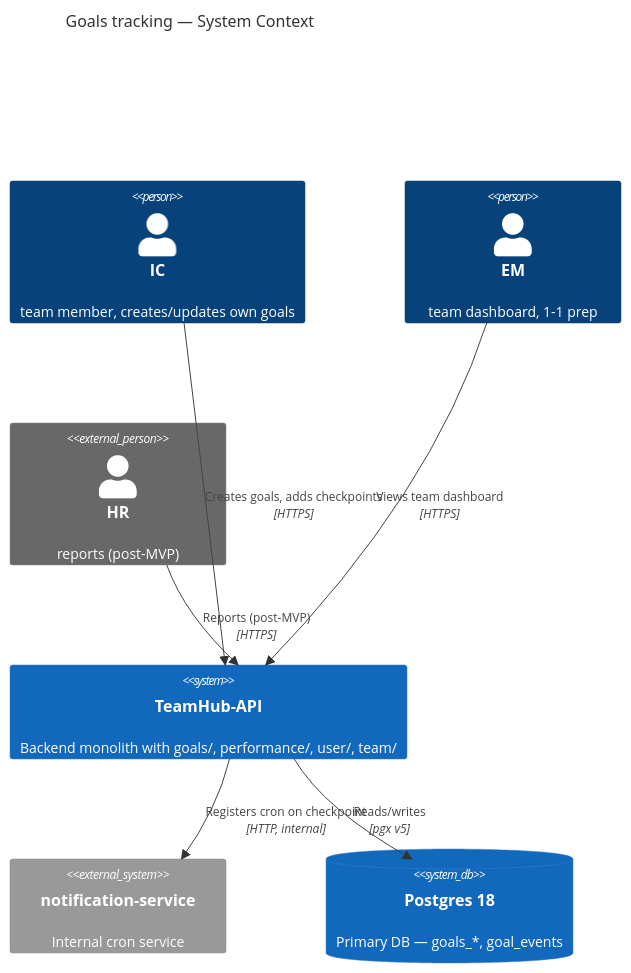
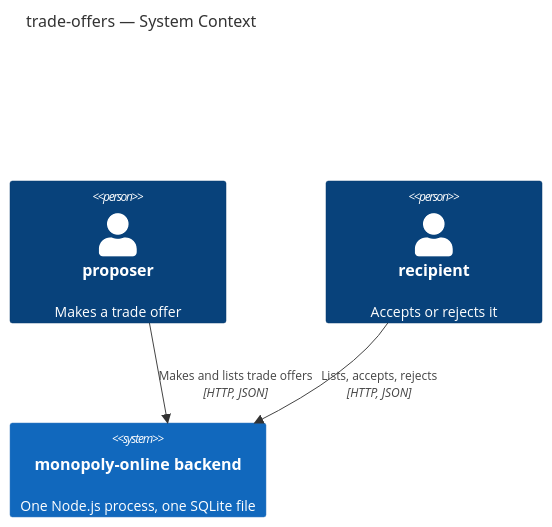
Before and after one commit to Kaavaal/monopoly-online: the first of 3 diagrams in .claude/skills/game-sad/references/c4-mermaid-syntax.md, drawn with Mermaid. The commit also changed other lines of this file and 15 other files, not shown here.

````diff
--- a/.claude/skills/game-sad/references/c4-mermaid-syntax.md
+++ b/.claude/skills/game-sad/references/c4-mermaid-syntax.md
@@ -30,18 +10,11 @@
 ```mermaid
 C4Context
-    title Goals tracking — System Context
+    title trade-offers — System Context
 
-    Person(ic, "IC", "team member, creates/updates own goals")
-    Person(em, "EM", "team dashboard, 1-1 prep")
-    Person_Ext(hr, "HR", "reports (post-MVP)")
+    Person(proposer, "proposer", "Makes a trade offer")
+    Person(recipient, "recipient", "Accepts or rejects it")
+    System(game, "monopoly-online backend", "One Node.js process, one SQLite file")
 
-    System(teamhub, "TeamHub-API", "Backend monolith with goals/, performance/, user/, team/")
-    System_Ext(notif, "notification-service", "Internal cron service")
-    SystemDb(pg, "Postgres 18", "Primary DB — goals_*, goal_events")
-
-    Rel(ic, teamhub, "Creates goals, adds checkpoints", "HTTPS")
-    Rel(em, teamhub, "Views team dashboard", "HTTPS")
-    Rel(hr, teamhub, "Reports (post-MVP)", "HTTPS")
-    Rel(teamhub, pg, "Reads/writes", "pgx v5")
-    Rel(teamhub, notif, "Registers cron on checkpoint", "HTTP, internal")
+    Rel(proposer, game, "Makes and lists trade offers", "HTTP, JSON")
+    Rel(recipient, game, "Lists, accepts, rejects", "HTTP, JSON")
 ```
````
